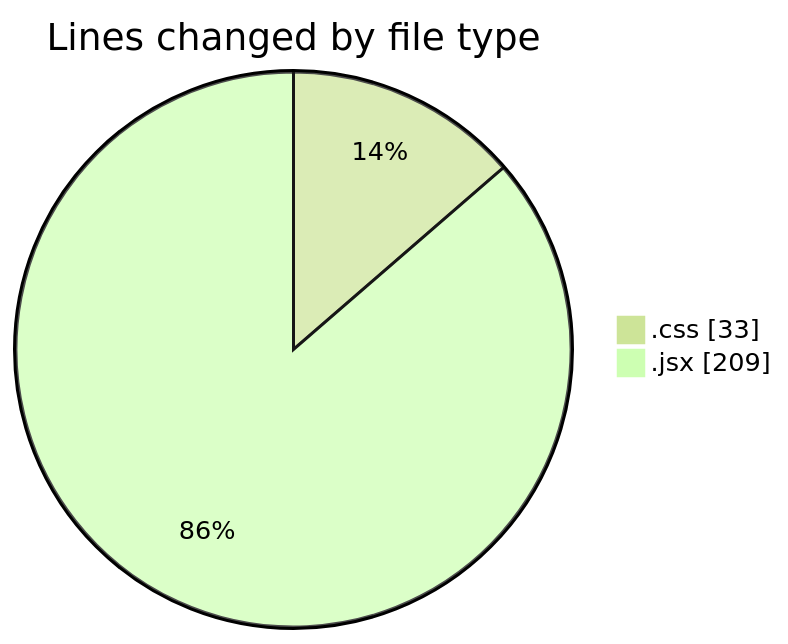
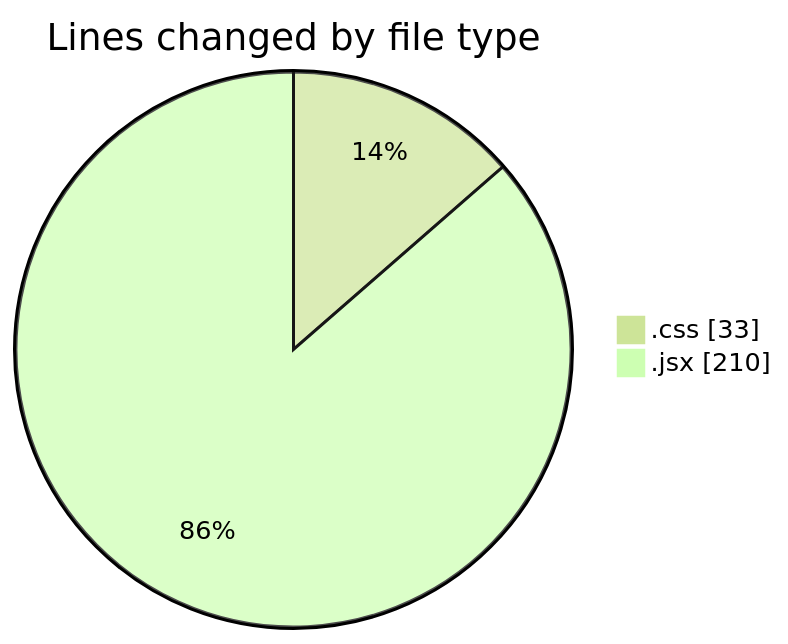
One commit to Elitesun/code-tracking changed the first of 2 diagrams in 2025-02-14/elitegpt/README.md. Above: the diagram before and after it, drawn with Mermaid (forest theme). The commit also changed other lines of this file and 1 other file, not shown here.

````diff
--- a/2025-02-14/elitegpt/README.md
+++ b/2025-02-14/elitegpt/README.md
@@ -24,6 +25,6 @@
 ```mermaid
 pie showData
 title Lines changed by file type
 ".css" : 33
-".jsx" : 209
+".jsx" : 210
 ```
````
